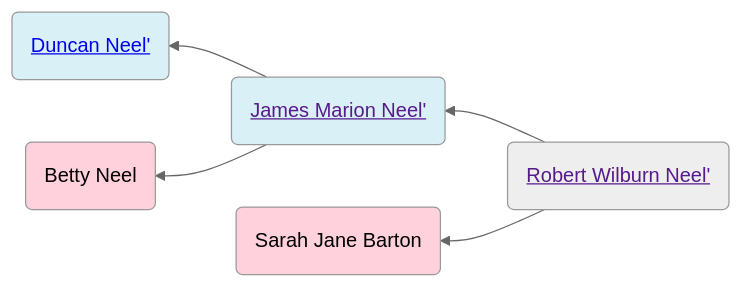
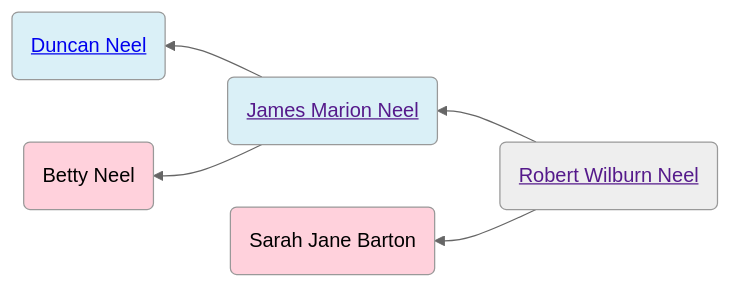
One commit to neelsmith/avocational changed the first of 2 diagrams in familyhistory/sources/people/Neel-line/Robert_Wilburn_Neel.qmd. Above: the diagram before and after it, drawn with Mermaid (neutral theme). The commit also changed other lines of this file and 96 other files, not shown here.

````diff
--- a/familyhistory/sources/people/Neel-line/Robert_Wilburn_Neel.qmd
+++ b/familyhistory/sources/people/Neel-line/Robert_Wilburn_Neel.qmd
@@ -28,16 +28,16 @@
 ```{mermaid}
 graph RL
 %% RL ancestor diagram
-Robert_Wilburn_Neel(<a href=''>Robert Wilburn Neel'</>) -->  James_Marion_Neel(<a href='./James_Marion_Neel.html'>James Marion Neel'</>)
-James_Marion_Neel(<a href=''>James Marion Neel'</>) -->  Duncan_Neel(<a href='./Duncan_Neel.html'>Duncan Neel'</>)
+Robert_Wilburn_Neel(<a href=''>Robert Wilburn Neel</a>) -->  James_Marion_Neel(<a href='./James_Marion_Neel.html'>James Marion Neel</a>)
+James_Marion_Neel(<a href=''>James Marion Neel</a>) -->  Duncan_Neel(<a href='./Duncan_Neel.html'>Duncan Neel</a>)
 class Duncan_Neel father
-James_Marion_Neel(<a href=''>James Marion Neel'</>)  --> Betty_Neel(Betty Neel)
+James_Marion_Neel(<a href=''>James Marion Neel</a>)  --> Betty_Neel(Betty Neel)
 class Betty_Neel mother
 class James_Marion_Neel father
-Robert_Wilburn_Neel(<a href=''>Robert Wilburn Neel'</>)  --> _Sarah_Jane_Barton( Sarah Jane Barton)
+Robert_Wilburn_Neel(<a href=''>Robert Wilburn Neel</a>)  --> _Sarah_Jane_Barton( Sarah Jane Barton)
 class _Sarah_Jane_Barton mother
 classDef mother fill:#ffd1dc
 classDef father fill:#daf0f7  
 classDef marriage fill:#ffffff
 
 ```
````
